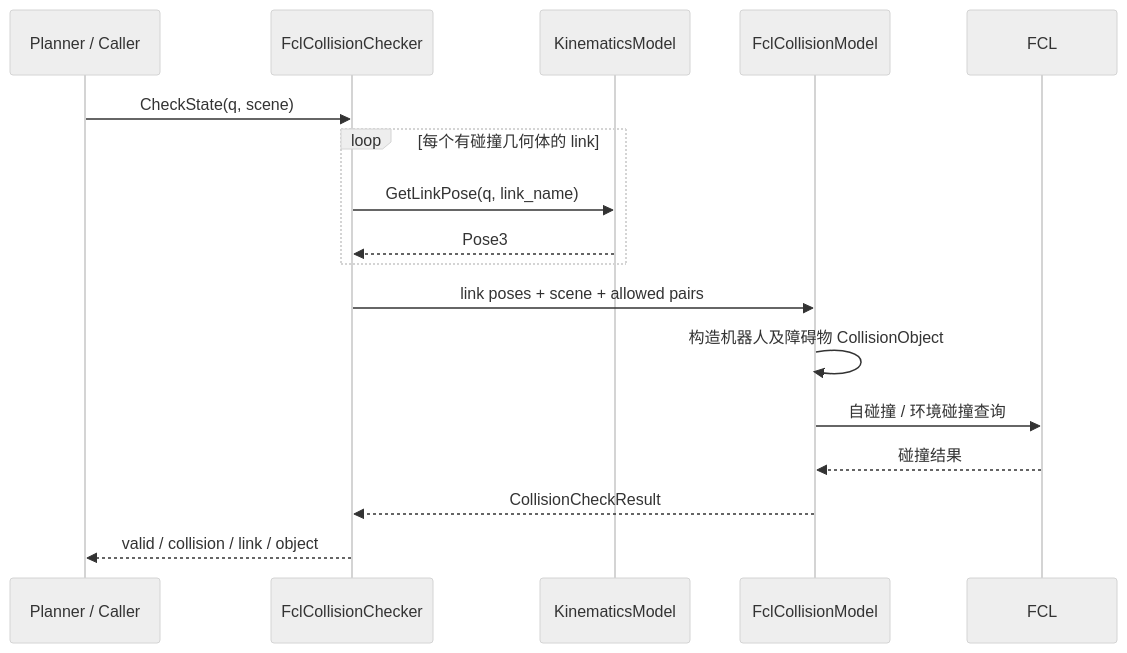
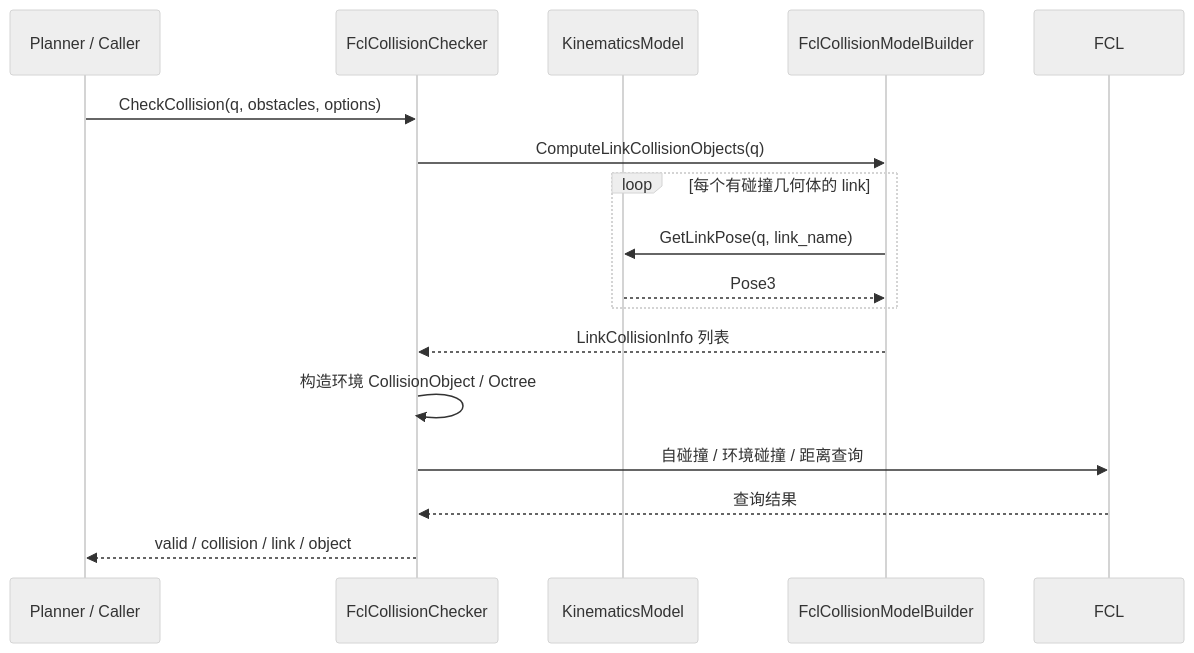
Before and after one commit to Polaris-zhj/excavator_motion_planning: the third of 4 diagrams in docs/collision_detection_design.md, drawn with Mermaid (neutral theme). The commit also changed other lines of this file and 557 other files, not shown here.

````diff
--- a/docs/collision_detection_design.md
+++ b/docs/collision_detection_design.md
@@ -256,20 +275,20 @@
 ```mermaid
 sequenceDiagram
     participant Caller as Planner / Caller
     participant C as FclCollisionChecker
     participant K as KinematicsModel
-    participant A as FclCollisionModel
+    participant A as FclCollisionModelBuilder
     participant F as FCL
 
-    Caller->>C: CheckState(q, scene)
+    Caller->>C: CheckCollision(q, obstacles, options)
+    C->>A: ComputeLinkCollisionObjects(q)
     loop 每个有碰撞几何体的 link
-        C->>K: GetLinkPose(q, link_name)
-        K-->>C: Pose3
+        A->>K: GetLinkPose(q, link_name)
+        K-->>A: Pose3
     end
-    C->>A: link poses + scene + allowed pairs
-    A->>A: 构造机器人及障碍物 CollisionObject
-    A->>F: 自碰撞 / 环境碰撞查询
-    F-->>A: 碰撞结果
-    A-->>C: CollisionCheckResult
+    A-->>C: LinkCollisionInfo 列表
+    C->>C: 构造环境 CollisionObject / Octree
+    C->>F: 自碰撞 / 环境碰撞 / 距离查询
+    F-->>C: 查询结果
     C-->>Caller: valid / collision / link / object
 ```
````
